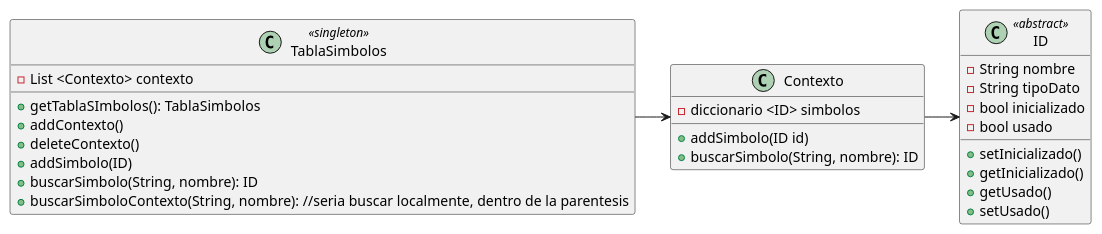
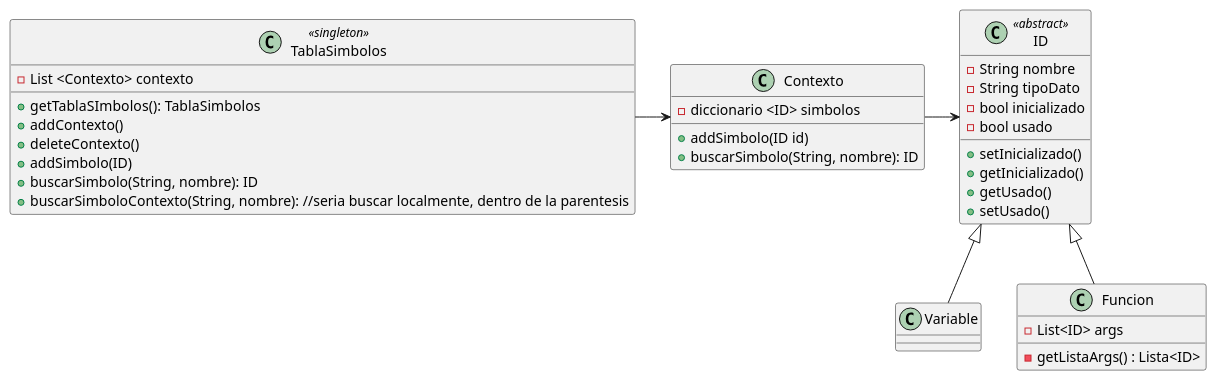
Before and after one commit to Cele707/DHS: the diagram in Clases/Clase 5/TablaSImbolos.puml, drawn with PlantUML. The commit also changed 1 other file, not shown here.

Commit message:
Agrego el PlantUML

```diff
--- a/Clases/Clase 5/TablaSImbolos.puml
+++ b/Clases/Clase 5/TablaSImbolos.puml
@@ -3,33 +3,44 @@
 @startuml TablaSimbolos
 
 class TablaSimbolos <<singleton>>{
     -List <Contexto> contexto
     +getTablaSImbolos(): TablaSimbolos
     +addContexto()
     +deleteContexto()
     +addSimbolo(ID)
     +buscarSimbolo(String, nombre): ID
     +buscarSimboloContexto(String, nombre): //seria buscar localmente, dentro de la parentesis
 }
 
 class Contexto{
     -diccionario <ID> simbolos
     + addSimbolo(ID id)
     + buscarSimbolo(String, nombre): ID
 
 }
 class ID <<abstract>>{
     -String nombre
     -String tipoDato
     -bool inicializado
     -bool usado
     + setInicializado()
     + getInicializado()
     + getUsado()
     + setUsado()
 } 
 
+class Variable {
+
+}
+
+class Funcion {
+    - List<ID> args
+    - getListaArgs() : Lista<ID>
+}
+
 TablaSimbolos -right-> Contexto
 Contexto -right-> ID
+ID <|-- Variable
+ID <|-- Funcion
 
 @enduml
```
